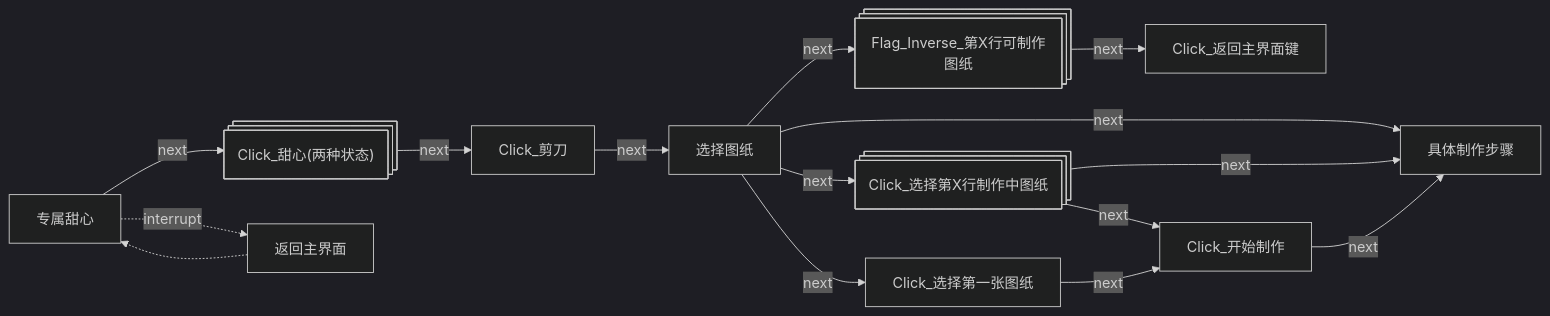
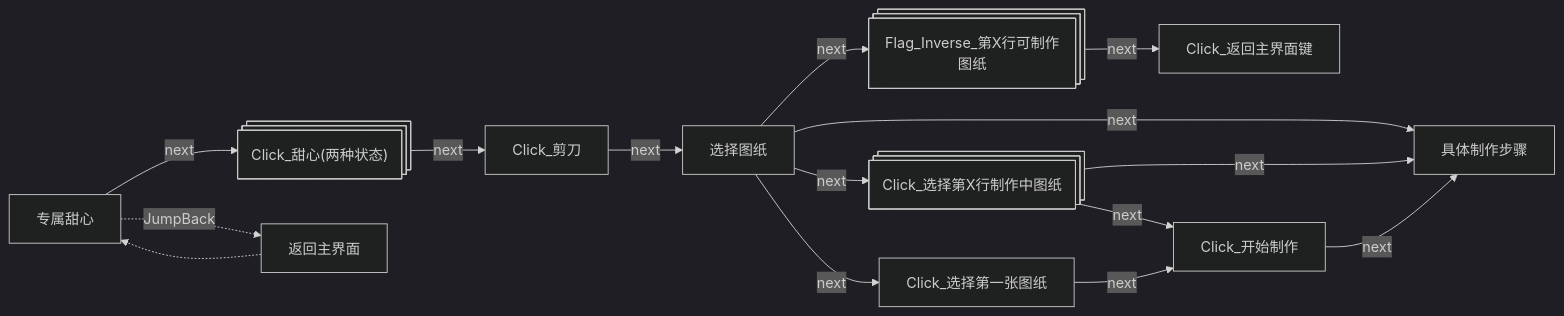
Diagram 17 of 40 in docs/zh_cn/develop/Pipeline说明.md (Coxwtwo/MaaTOT), drawn with Mermaid (dark theme) before and after one commit. The commit also changed other lines of this file, not shown here.

Commit message:
docs: 完善 Pipeline 说明，新增未名市移动、未名市周任务文档，interrupt→JumpBack(MaaFramework v5.1 起已废弃 interrupt 字段）

````diff
--- a/docs/zh_cn/develop/Pipeline说明.md
+++ b/docs/zh_cn/develop/Pipeline说明.md
@@ -408,17 +408,17 @@
 ```mermaid
 flowchart LR
     n0["专属甜心"] -->|next| n1@{ shape: processes, label: "Click_甜心(两种状态)"}
-    n0["专属甜心"] -.->|interrupt| n5["返回主界面"]
+    n0["专属甜心"] -.->|JumpBack| n5["返回主界面"]
     n5 -.-> n0
     n1 -->|next| n2["Click_剪刀"]
     n2["Click_剪刀"] -->|next| n3["选择图纸"]
     n3["选择图纸"] -->|next| n6@{ shape: processes, label: "Click_选择第X行制作中图纸"}
     n3["选择图纸"] -->|next| n7["Click_选择第一张图纸"]
     n3["选择图纸"] -->|next| n8["具体制作步骤"]
     n3["选择图纸"] -->|next| n9@{ shape: processes, label: "Flag_Inverse_第X行可制作图纸"}
     n9 -->|next| n10["Click_返回主界面键"]
     n6@{ shape: processes, label: "Click_选择第X行制作中图纸"} -->|next| n11["Click_开始制作"]
     n6 -->|next| n8["具体制作步骤"]
     n7["Click_选择第一张图纸"] -->|next| n11["Click_开始制作"]
     n11["Click_开始制作"] -->|next| n8["具体制作步骤"]
 ```
````
